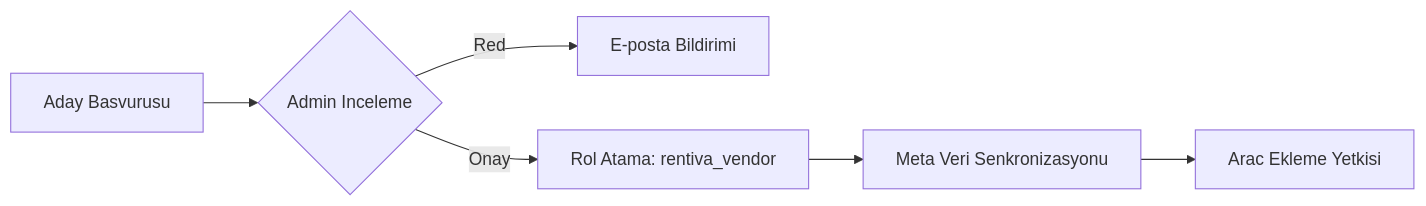
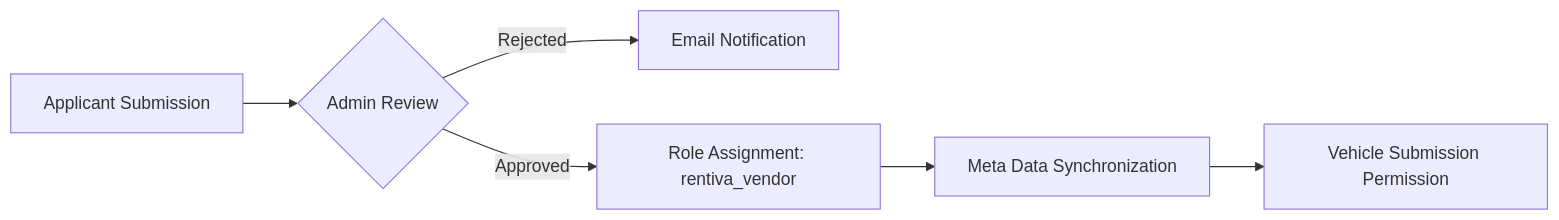
One commit to MaxHandMade/mhm-rentiva-docs changed the first of 2 diagrams in docs/05-vendor/vendor-management.md. Above: the diagram before and after it, drawn with Mermaid. The commit also changed other lines of this file and 347 other files, not shown here.

````diff
--- a/docs/05-vendor/vendor-management.md
+++ b/docs/05-vendor/vendor-management.md
@@ -74,8 +74,8 @@
 ```mermaid
 graph LR
-    A[Aday Basvurusu] --> B{Admin Inceleme}
-    B -- Red --> C[E-posta Bildirimi]
-    B -- Onay --> D[Rol Atama: rentiva_vendor]
-    D --> E[Meta Veri Senkronizasyonu]
-    E --> F[Arac Ekleme Yetkisi]
+    A[Applicant Submission] --> B{Admin Review}
+    B -- Rejected --> C[Email Notification]
+    B -- Approved --> D[Role Assignment: rentiva_vendor]
+    D --> E[Meta Data Synchronization]
+    E --> F[Vehicle Submission Permission]
 ```
````
